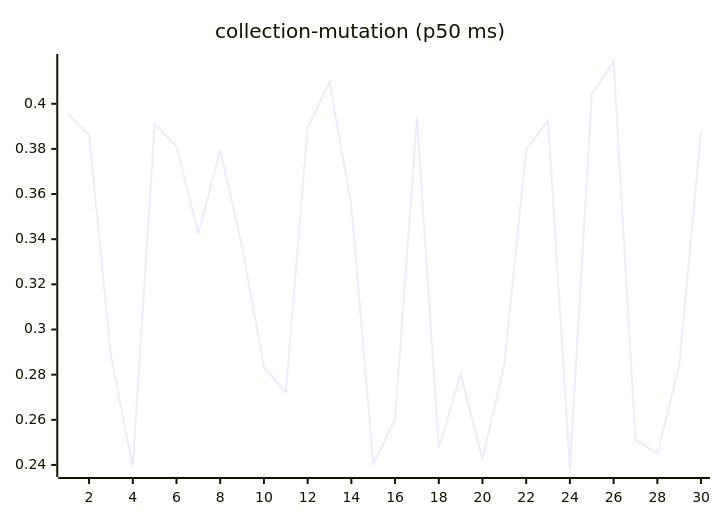
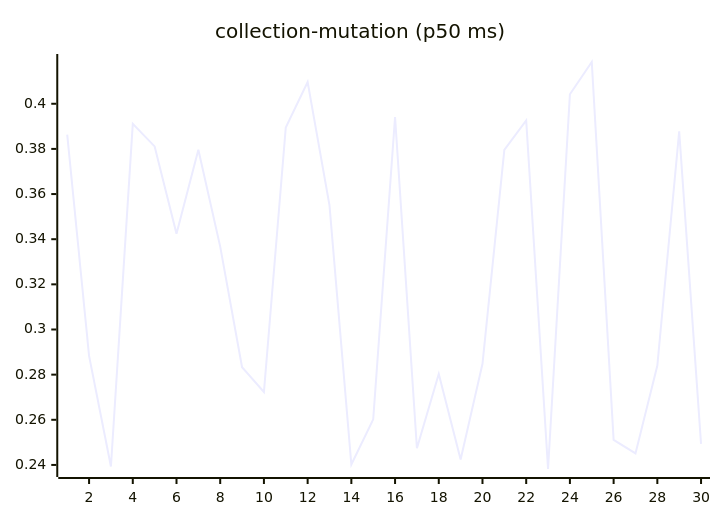
One commit to josha/Facet changed the sixth of 27 diagrams in README.md. Above: the diagram before and after it, drawn with Mermaid. The commit also changed other lines of this file and 2 other files, not shown here.

````diff
--- a/README.md
+++ b/README.md
@@ -98,6 +98,6 @@
 ```mermaid
 xychart-beta
     title "collection-mutation (p50 ms)"
     x-axis 1 --> 30
-    line [0.3957, 0.3863, 0.2883, 0.2393, 0.3911, 0.3811, 0.3424, 0.3796, 0.3367, 0.2833, 0.2723, 0.3895, 0.4096, 0.3550, 0.2402, 0.2602, 0.3941, 0.2474, 0.2803, 0.2424, 0.2848, 0.3796, 0.3926, 0.2382, 0.4042, 0.4185, 0.2511, 0.2451, 0.2840, 0.3878]
+    line [0.3863, 0.2883, 0.2393, 0.3911, 0.3811, 0.3424, 0.3796, 0.3367, 0.2833, 0.2723, 0.3895, 0.4096, 0.3550, 0.2402, 0.2602, 0.3941, 0.2474, 0.2803, 0.2424, 0.2848, 0.3796, 0.3926, 0.2382, 0.4042, 0.4185, 0.2511, 0.2451, 0.2840, 0.3878, 0.2493]
 ```
````
